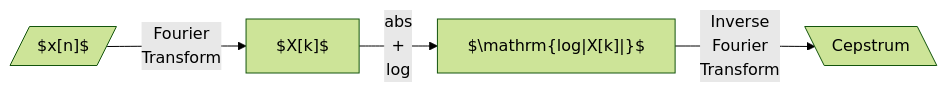
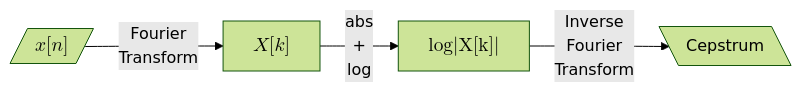
The diagram in docs/chap6.md (jiutongzhao/Time-Series-Data-Analysis), drawn with Mermaid (forest theme) before and after one commit. The commit also changed other lines of this file and 23 other files, not shown here.

````diff
--- a/docs/chap6.md
+++ b/docs/chap6.md
@@ -316,4 +316,4 @@
 ```mermaid
 flowchart LR
-A@{ shape: lean-r, label: "$x[n]$"} --Fourier<br>Transform--> B["$X[k]$"] --abs<br>+<br>log--> C["$\mathrm{log|X[k]|}$"] --Inverse<br>Fourier<br>Transform--> D@{ shape: lean-l, label: Cepstrum}
+A@{ shape: lean-r, label: "$$x[n]$$"} --Fourier<br>Transform--> B["$$X[k]$$"] --abs<br>+<br>log--> C["$$\mathrm{log|X[k]|}$$"] --Inverse<br>Fourier<br>Transform--> D@{ shape: lean-l, label: Cepstrum}
 ```
````
